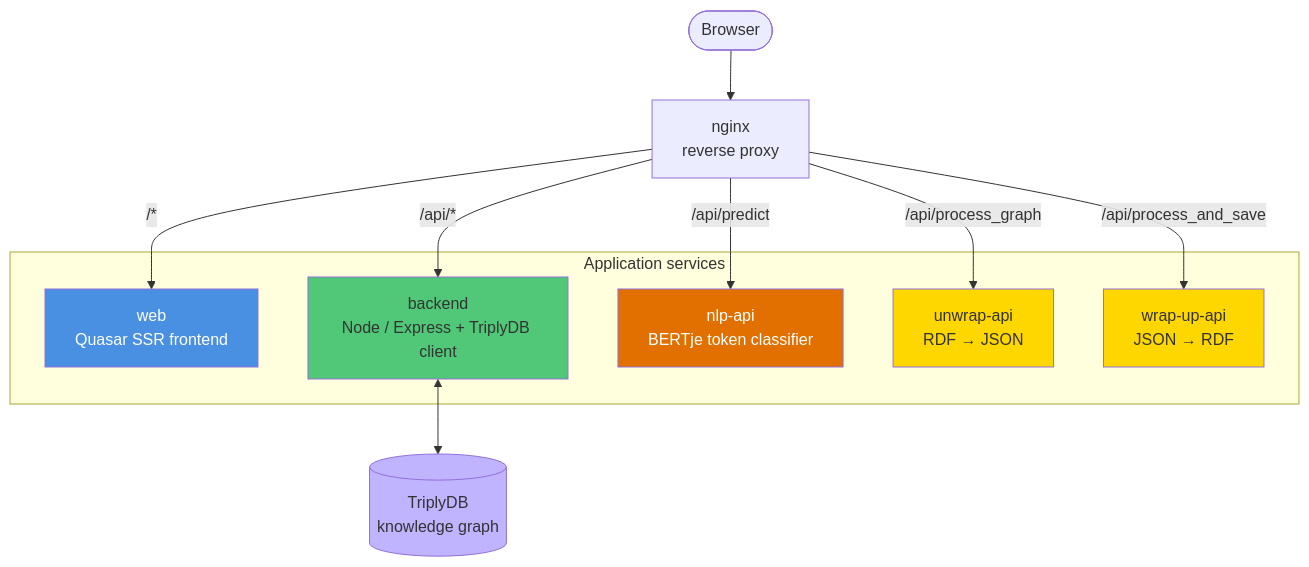
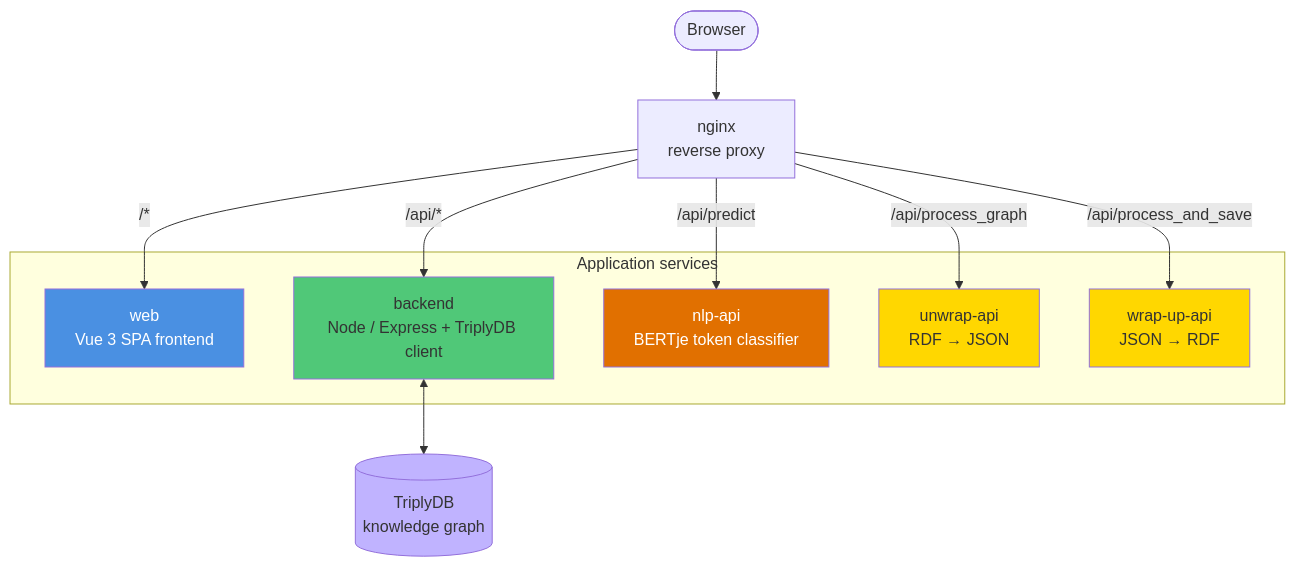
The diagram in docs/en/norm-editor/index.md (sgort/iou-architectuur), drawn with Mermaid before and after one commit. The commit also changed other lines of this file and 10 other files, not shown here.

````diff
--- a/docs/en/norm-editor/index.md
+++ b/docs/en/norm-editor/index.md
@@ -45,30 +45,30 @@
 ```mermaid
 graph TB
     Browser([Browser])
     NGINX[nginx<br/>reverse proxy]
 
     subgraph "Application services"
-        WEB[web<br/>Quasar SSR frontend]
+        WEB[web<br/>Vue 3 SPA frontend]
         BACKEND[backend<br/>Node / Express + TriplyDB client]
         NLP[nlp-api<br/>BERTje token classifier]
         UNWRAP[unwrap-api<br/>RDF &rarr; JSON]
         WRAPUP[wrap-up-api<br/>JSON &rarr; RDF]
     end
 
     TRIPLY[(TriplyDB<br/>knowledge graph)]
 
     Browser --> NGINX
     NGINX -->|/*| WEB
     NGINX -->|/api/predict| NLP
     NGINX -->|/api/process_graph| UNWRAP
     NGINX -->|/api/process_and_save| WRAPUP
     NGINX -->|/api/*| BACKEND
     BACKEND <--> TRIPLY
 
     style WEB fill:#4a90e2,color:#fff
     style BACKEND fill:#50c878
     style NLP fill:#e17000,color:#fff
     style UNWRAP fill:#ffd700
     style WRAPUP fill:#ffd700
     style TRIPLY fill:#c0b3ff
 ```
````
